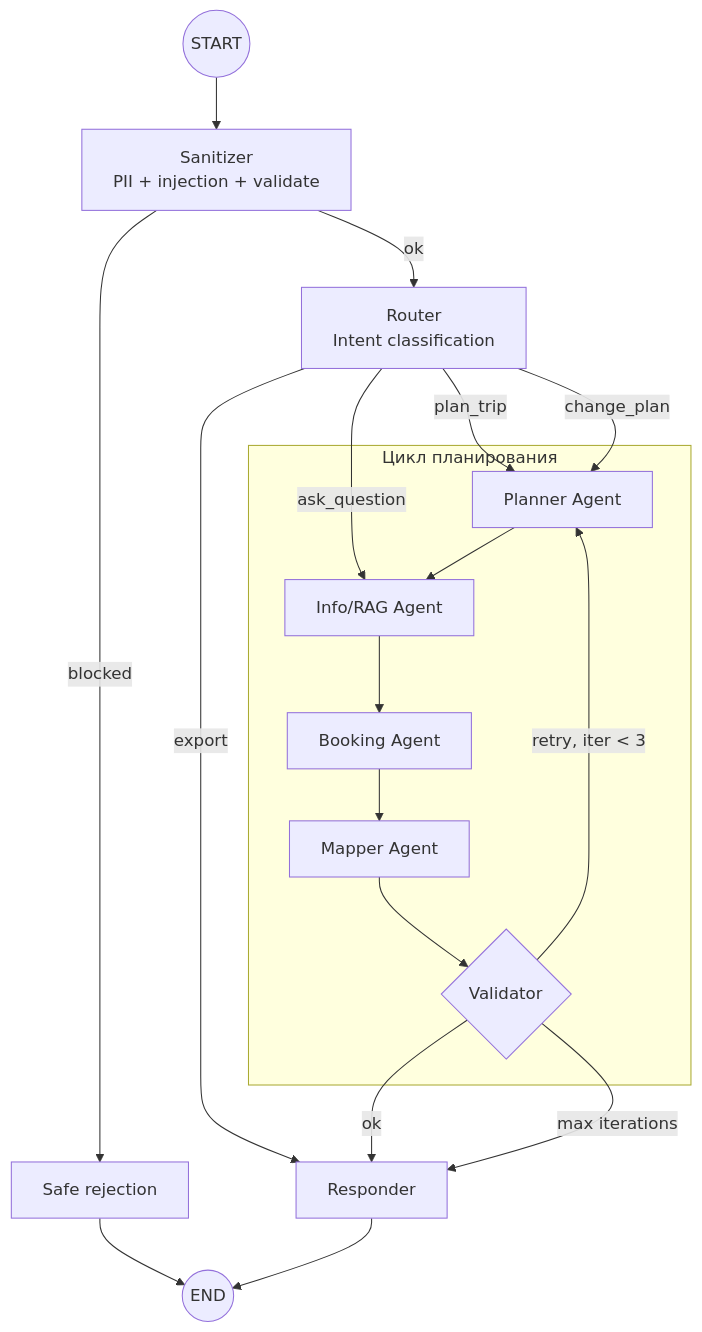
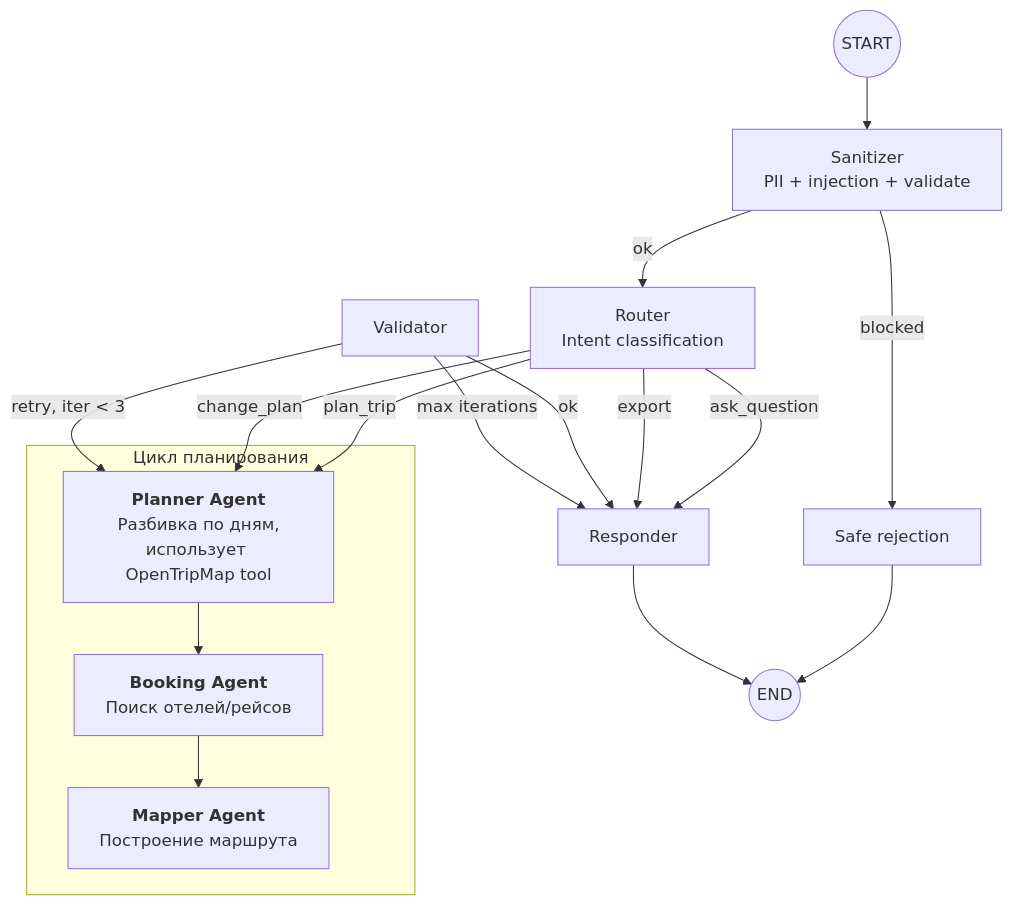
Before and after one commit to daviondk/trip-planner-ai: the first of 2 diagrams in docs/specs/agent-orchestrator.md, drawn with Mermaid. The commit also changed 90 other files, not shown here.

First line of the commit message:
dd trip planner  with angraph agent orchestration

````diff
--- a/docs/specs/agent-orchestrator.md
+++ b/docs/specs/agent-orchestrator.md
@@ -15,26 +15,28 @@
 ```mermaid
 graph TD
     START((START)) --> Sanitizer["Sanitizer<br/>PII + injection + validate"]
 
     Sanitizer -- "blocked" --> RejectResponse["Safe rejection"]
     Sanitizer -- "ok" --> Router["Router<br/>Intent classification"]
 
     Router -- "plan_trip" --> Planner
     Router -- "change_plan" --> Planner
-    Router -- "ask_question" --> InfoRAG
+    Router -- "ask_question" --> Responder
     Router -- "export" --> Responder
 
     subgraph planning ["Цикл планирования"]
-        Planner["Planner Agent"] --> InfoRAG["Info/RAG Agent"]
-        InfoRAG --> Booking["Booking Agent"]
-        Booking --> Mapper["Mapper Agent"]
-        Mapper --> Validator{"Validator"}
+        Planner["<b>Planner Agent</b><br/>Разбивка по дням,<br/>использует OpenTripMap tool"]
+        Booking["<b>Booking Agent</b><br/>Поиск отелей/рейсов"]
+        Mapper["<b>Mapper Agent</b><br/>Построение маршрута"]
+        
+        Planner --> Booking
+        Booking --> Mapper
     end
 
     Validator -- "ok" --> Responder["Responder"]
     Validator -- "retry, iter < 3" --> Planner
     Validator -- "max iterations" --> Responder
 
     RejectResponse --> END((END))
     Responder --> END
 ```
````
